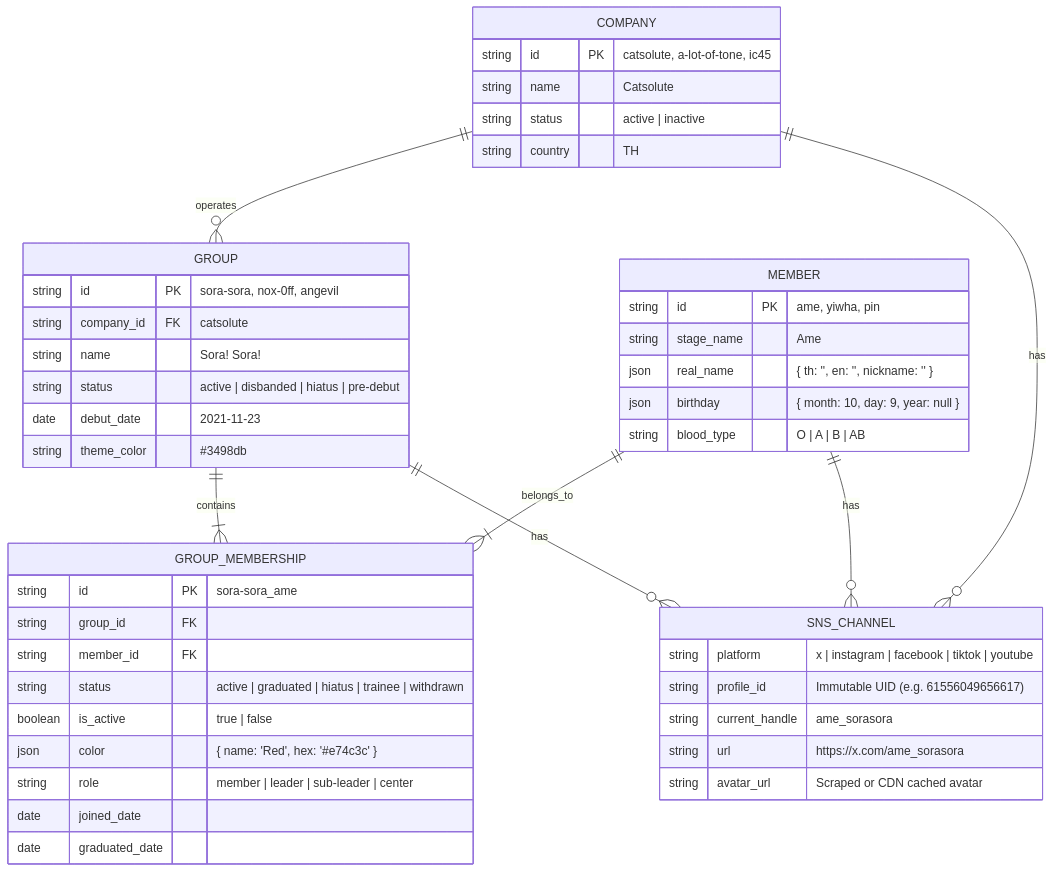
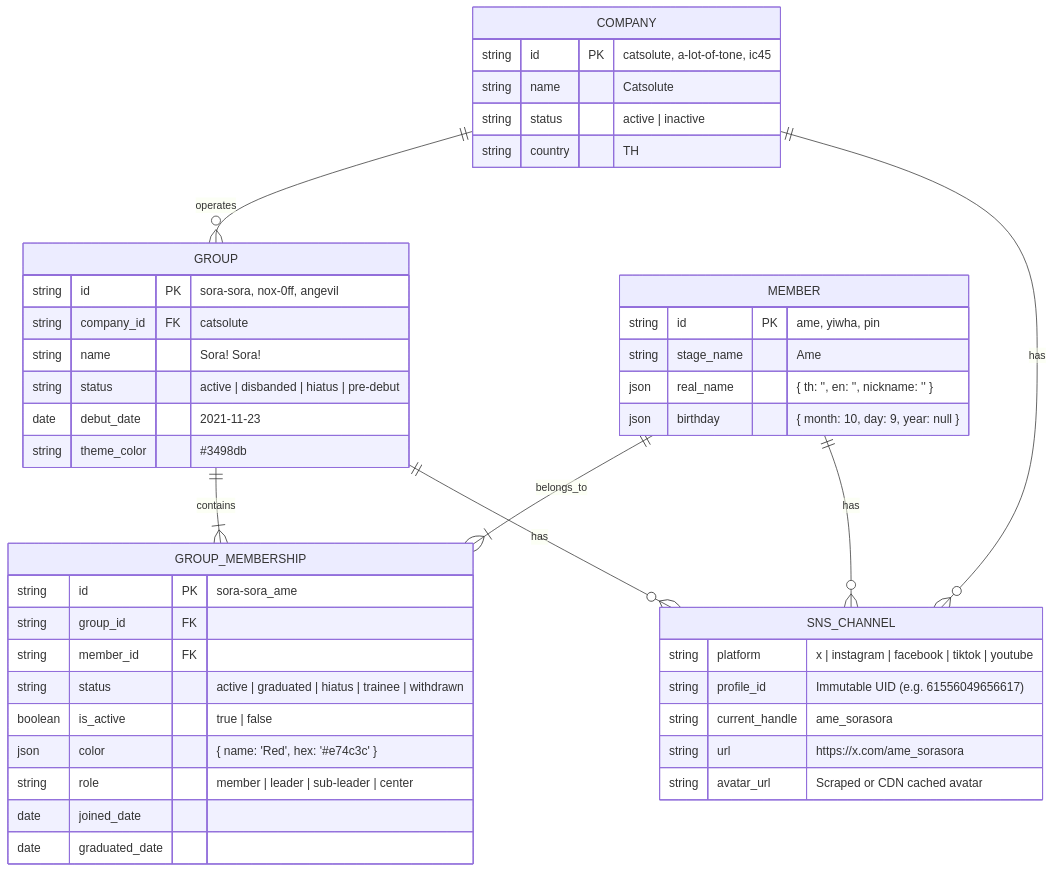
One commit to pavinss2/thaidoru-core changed the first of 2 diagrams in requirements.md. Above: the diagram before and after it, drawn with Mermaid. The commit also changed other lines of this file and 8 other files, not shown here.

Commit message:
refactor: remove blood_type, height_cm, and raw_text; standardize country to plain text Thailand

````diff
--- a/requirements.md
+++ b/requirements.md
@@ -33,53 +33,52 @@
 ```mermaid
 erDiagram
     COMPANY ||--o{ GROUP : operates
     GROUP ||--|{ GROUP_MEMBERSHIP : contains
     MEMBER ||--|{ GROUP_MEMBERSHIP : belongs_to
     COMPANY ||--o{ SNS_CHANNEL : has
     GROUP ||--o{ SNS_CHANNEL : has
     MEMBER ||--o{ SNS_CHANNEL : has
 
     COMPANY {
         string id PK "catsolute, a-lot-of-tone, ic45"
         string name "Catsolute"
         string status "active | inactive"
         string country "TH"
     }
 
     GROUP {
         string id PK "sora-sora, nox-0ff, angevil"
         string company_id FK "catsolute"
         string name "Sora! Sora!"
         string status "active | disbanded | hiatus | pre-debut"
         date debut_date "2021-11-23"
         string theme_color "#3498db"
     }
 
     MEMBER {
         string id PK "ame, yiwha, pin"
         string stage_name "Ame"
         json real_name "{ th: '', en: '', nickname: '' }"
         json birthday "{ month: 10, day: 9, year: null }"
-        string blood_type "O | A | B | AB"
     }
 
     GROUP_MEMBERSHIP {
         string id PK "sora-sora_ame"
         string group_id FK
         string member_id FK
         string status "active | graduated | hiatus | trainee | withdrawn"
         boolean is_active "true | false"
         json color "{ name: 'Red', hex: '#e74c3c' }"
         string role "member | leader | sub-leader | center"
         date joined_date
         date graduated_date
     }
 
     SNS_CHANNEL {
         string platform "x | instagram | facebook | tiktok | youtube"
         string profile_id "Immutable UID (e.g. 61556049656617)"
         string current_handle "ame_sorasora"
         string url "https://x.com/ame_sorasora"
         string avatar_url "Scraped or CDN cached avatar"
     }
 ```
````
